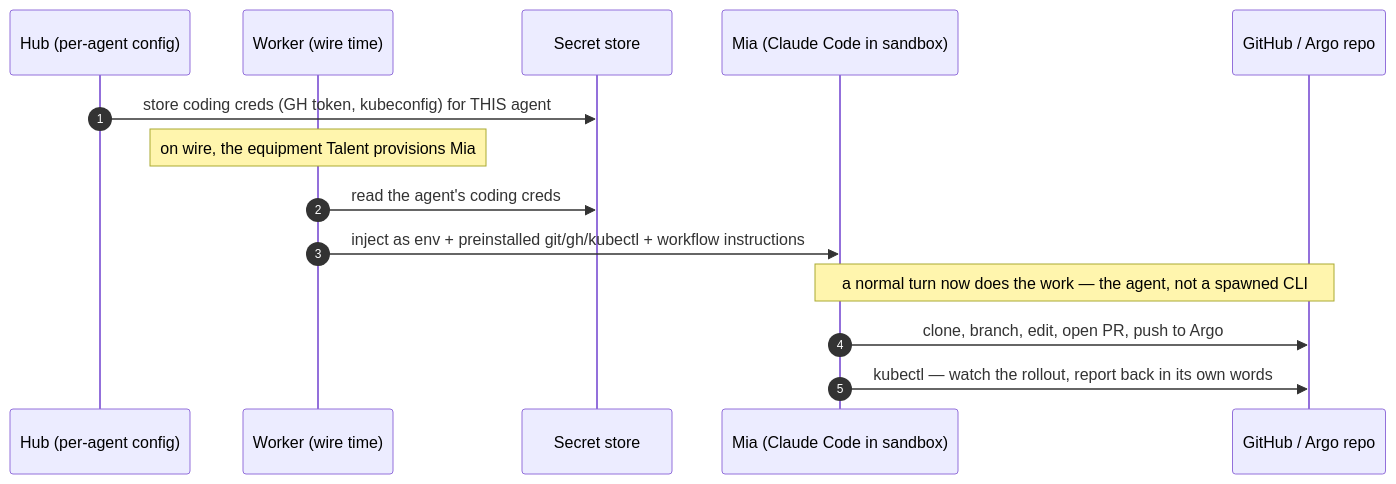
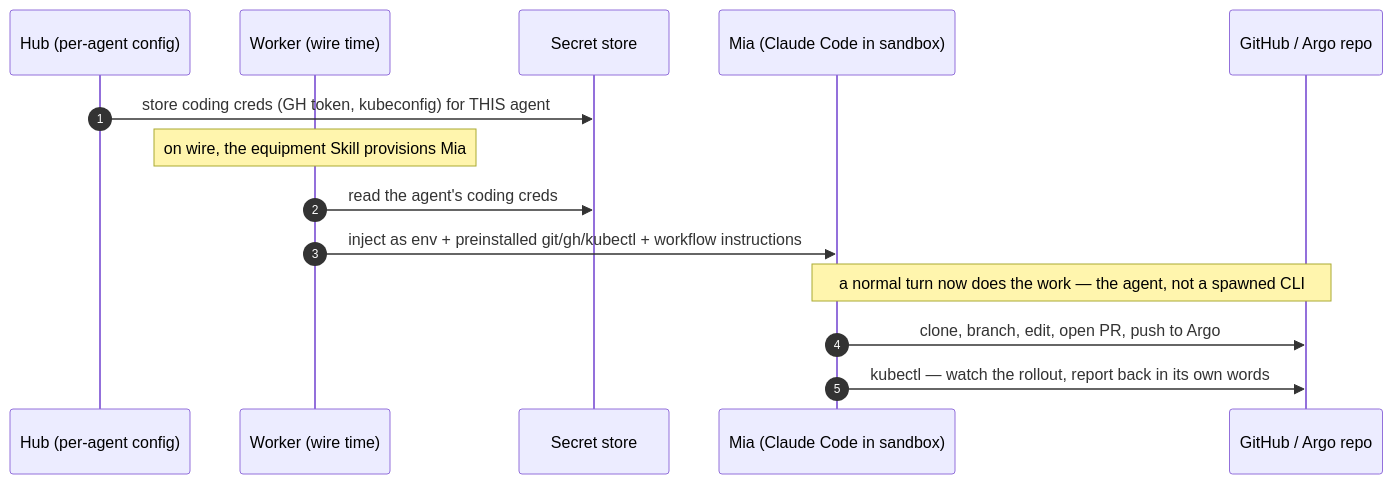
The diagram in docs/features/coding-agent.md (rodnavarro/tonoman), drawn with Mermaid before and after one commit. The commit also changed other lines of this file and 128 other files, not shown here.

````diff
--- a/docs/features/coding-agent.md
+++ b/docs/features/coding-agent.md
@@ -47,17 +47,17 @@
 ```mermaid
 sequenceDiagram
     autonumber
     participant Hub as Hub (per-agent config)
     participant W as Worker (wire time)
     participant Sec as Secret store
     participant Ag as Mia (Claude Code in sandbox)
     participant Repo as GitHub / Argo repo
 
     Hub->>Sec: store coding creds (GH token, kubeconfig) for THIS agent
-    Note over W: on wire, the equipment Talent provisions Mia
+    Note over W: on wire, the equipment Skill provisions Mia
     W->>Sec: read the agent's coding creds
     W->>Ag: inject as env + preinstalled git/gh/kubectl + workflow instructions
     Note over Ag,Repo: a normal turn now does the work — the agent, not a spawned CLI
     Ag->>Repo: clone, branch, edit, open PR, push to Argo
     Ag->>Repo: kubectl — watch the rollout, report back in its own words
 ```
````
